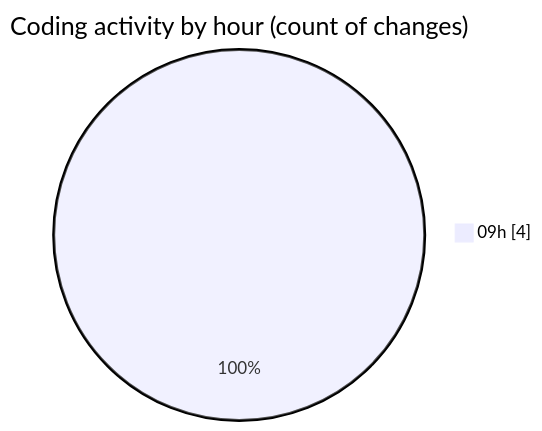
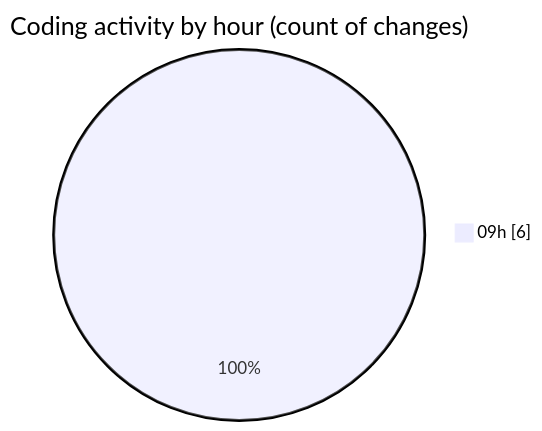
Before and after one commit to CELIANVF/code-tracking: the second of 2 diagrams in 2025-05-09/ecodeli/README.md, drawn with Mermaid. The commit also changed other lines of this file and 1 other file, not shown here.

````diff
--- a/2025-05-09/ecodeli/README.md
+++ b/2025-05-09/ecodeli/README.md
@@ -30,5 +31,5 @@
 ```mermaid
 pie showData
 title Coding activity by hour (count of changes)
-"09h" : 4
+"09h" : 6
 ```
````
